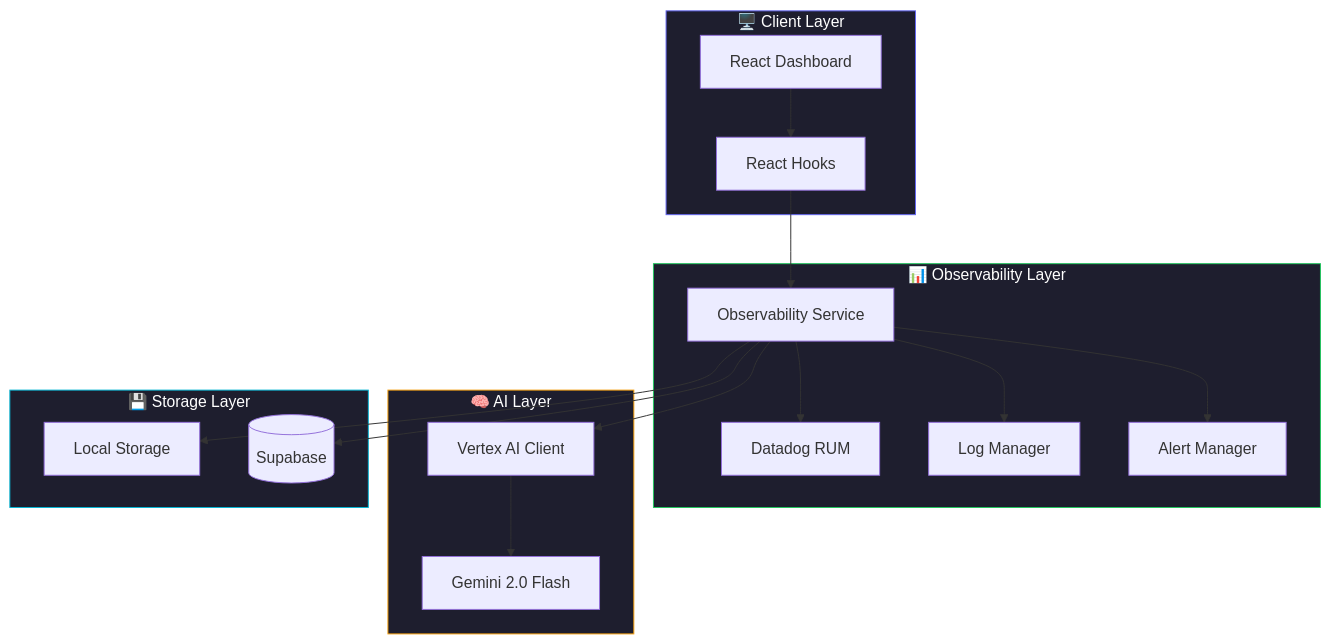
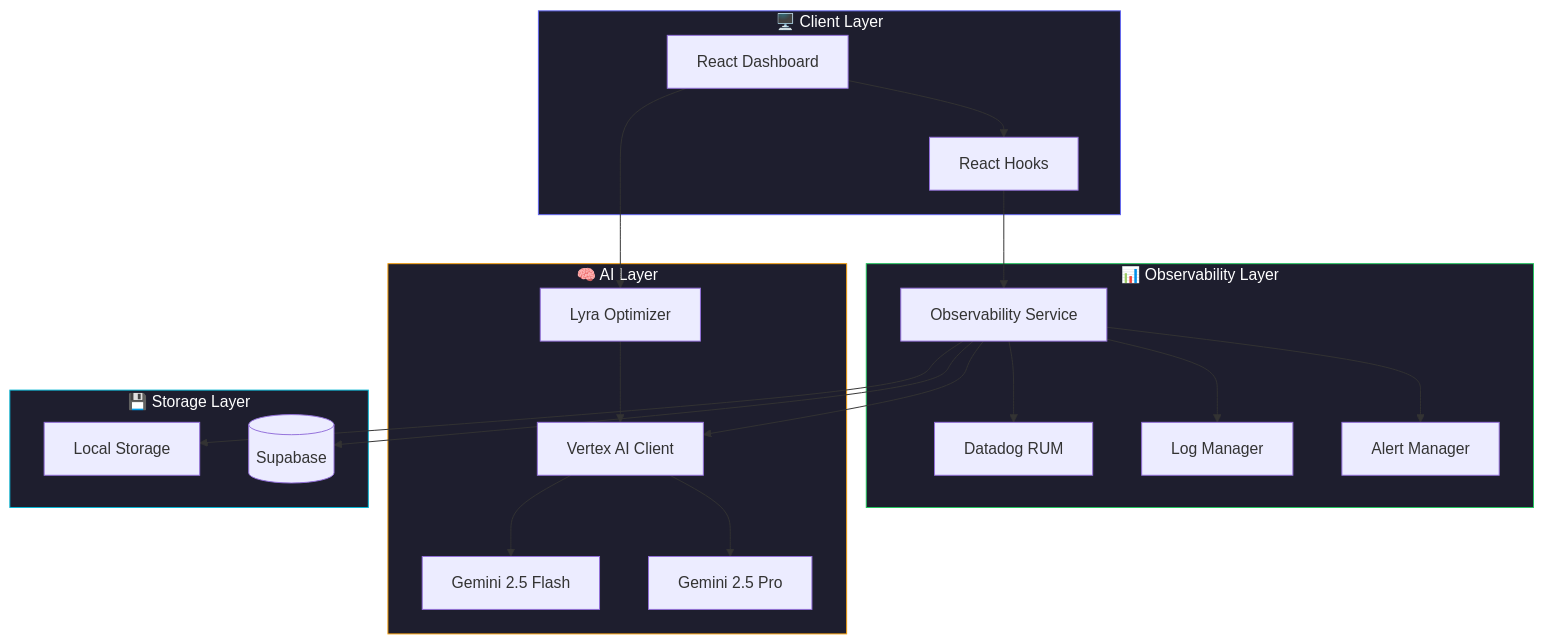
The fifth of 12 diagrams in README.md (Shafwansafi06/observability-hub), drawn with Mermaid before and after one commit. The commit also changed other lines of this file, not shown here.

Commit message:
📚 Comprehensive README: Add Lyra AI, 40 Detection Rules, Full Datadog Integration & Advanced Algorithms

````diff
--- a/README.md
+++ b/README.md
@@ -61,39 +621,44 @@
 ```mermaid
 flowchart TB
     subgraph Client["🖥️ Client Layer"]
         UI[React Dashboard]
         Hooks[React Hooks]
     end
 
     subgraph Observability["📊 Observability Layer"]
         OS[Observability Service]
         DD[Datadog RUM]
         Logs[Log Manager]
         Alerts[Alert Manager]
     end
 
     subgraph AI["🧠 AI Layer"]
         VAI[Vertex AI Client]
-        Gemini[Gemini 2.0 Flash]
+        Flash[Gemini 2.5 Flash]
+        Pro[Gemini 2.5 Pro]
+        Lyra[Lyra Optimizer]
     end
 
     subgraph Storage["💾 Storage Layer"]
         LS[Local Storage]
         SB[(Supabase)]
     end
 
     UI --> Hooks
     Hooks --> OS
     OS --> DD
     OS --> Logs
     OS --> Alerts
     OS --> VAI
-    VAI --> Gemini
+    VAI --> Flash
+    VAI --> Pro
+    Lyra --> VAI
     OS --> LS
     OS --> SB
+    UI --> Lyra
 
     style Client fill:#1e1e2e,stroke:#6366f1,color:#fff
     style Observability fill:#1e1e2e,stroke:#22c55e,color:#fff
     style AI fill:#1e1e2e,stroke:#f59e0b,color:#fff
     style Storage fill:#1e1e2e,stroke:#06b6d4,color:#fff
 ```
````
